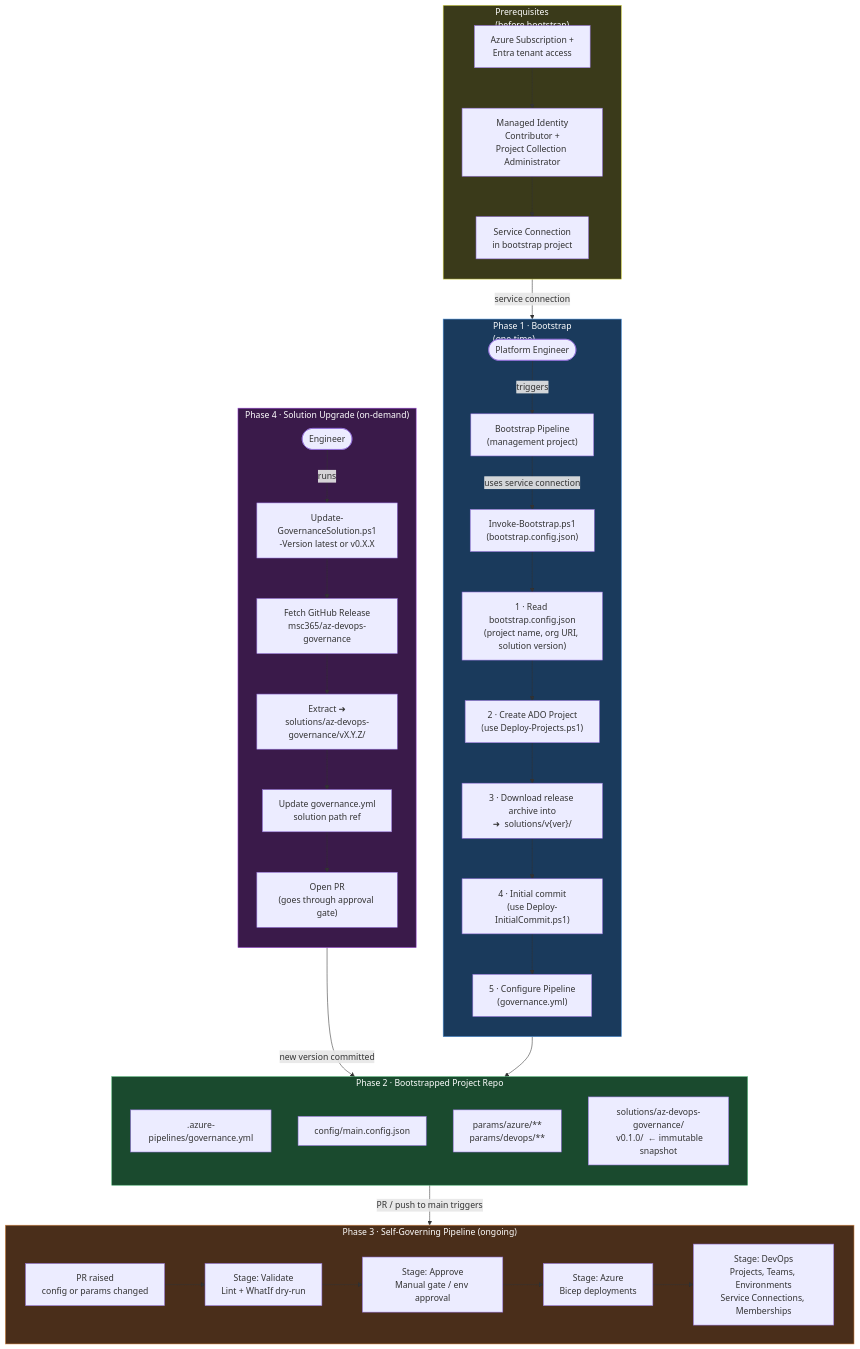
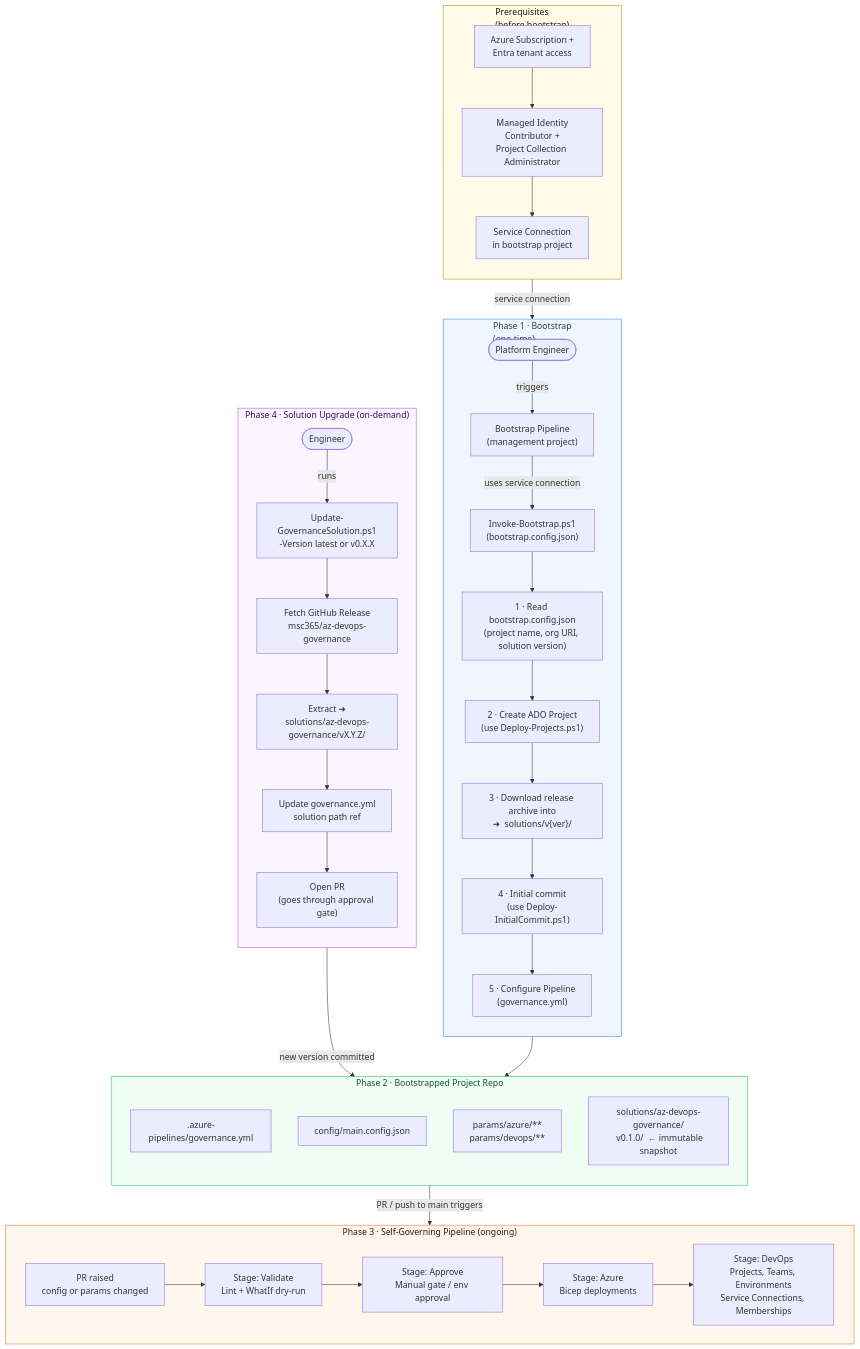
One commit to msc365/az-devops-governance changed the diagram in bootstrap/ARCHITECTURE.md. Above: the diagram before and after it, drawn with Mermaid.

Commit message:
style: Update architecture diagram colors for improved visibility

````diff
--- a/bootstrap/ARCHITECTURE.md
+++ b/bootstrap/ARCHITECTURE.md
@@ -9,60 +9,60 @@
 ```mermaid
 flowchart TD
     subgraph PREREQ["Prerequisites<br/>(before bootstrap)"]
         direction TB
         P0A["Azure Subscription +<br/>Entra tenant access"]
         P0B["Managed Identity<br/>Contributor +<br/>Project Collection Administrator"]
         P0C["Service Connection<br/>in bootstrap project"]
         P0A --> P0B --> P0C
     end
 
     subgraph BOOTSTRAP["Phase 1 · Bootstrap<br/>(one-time)"]
         direction TB
         A([Platform Engineer]) -->|triggers| BP["Bootstrap Pipeline<br/>(management project)"]
         BP -->|uses service connection| B["Invoke-Bootstrap.ps1<br/>(bootstrap.config.json)"]
         B --> C["1 · Read bootstrap.config.json<br/>(project name, org URI, solution version)"]
         C --> D["2 · Create ADO Project<br/>(use Deploy-Projects.ps1)"]
         D --> E["3 · Download release archive into<br/>➜  solutions/v{ver}/"]
         E --> F["4 · Initial commit<br/>(use Deploy-InitialCommit.ps1)"]
         F --> G["5 · Configure Pipeline<br/>(governance.yml)"]
     end
 
     PREREQ -->|service connection| BP
 
     subgraph REPO["Phase 2 · Bootstrapped Project Repo"]
         direction TB
         R1[".azure-pipelines/governance.yml"]
         R2["config/main.config.json"]
         R3["params/azure/**<br/>params/devops/**"]
         R4["solutions/az-devops-governance/<br/>  v0.1.0/  ← immutable snapshot"]
     end
 
     subgraph PIPELINE["Phase 3 · Self-Governing Pipeline  (ongoing)"]
         direction LR
         P1["PR raised<br/>config or params changed"]
         P2["Stage: Validate<br/>Lint + WhatIf dry-run"]
         P3["Stage: Approve<br/>Manual gate / env approval"]
         P4["Stage: Azure<br/>Bicep deployments"]
         P5["Stage: DevOps<br/>Projects, Teams, Environments<br/>Service Connections, Memberships"]
         P1 --> P2 --> P3 --> P4 --> P5
     end
 
     subgraph UPGRADE["Phase 4 · Solution Upgrade  (on-demand)"]
         direction TB
         U1([Engineer]) -->|runs| U2["Update-GovernanceSolution.ps1<br/>-Version latest or v0.X.X"]
         U2 --> U3["Fetch GitHub Release<br/>msc365/az-devops-governance"]
         U3 --> U4["Extract ➜<br/>solutions/az-devops-governance/vX.Y.Z/"]
         U4 --> U5["Update governance.yml<br/>solution path ref"]
         U5 --> U6["Open PR<br/>(goes through approval gate)"]
     end
 
     G --> REPO
     REPO -->|PR / push to main triggers| PIPELINE
     UPGRADE -->|new version committed| REPO
 
-    style PREREQ fill:#3a3a1a,color:#fff,stroke:#d9d94a
-    style BOOTSTRAP fill:#1a3a5c,color:#fff,stroke:#4a90d9
-    style REPO fill:#1a4a2e,color:#fff,stroke:#4aad6f
-    style PIPELINE fill:#4a2e1a,color:#fff,stroke:#d98c4a
-    style UPGRADE fill:#3a1a4a,color:#fff,stroke:#9c4ad9
+    style PREREQ fill:#fefce8,color:#1a1a00,stroke:#ca8a04
+    style BOOTSTRAP fill:#eff6ff,color:#1e3a5f,stroke:#3b82f6
+    style REPO fill:#f0fdf4,color:#14532d,stroke:#22c55e
+    style PIPELINE fill:#fff7ed,color:#431407,stroke:#f97316
+    style UPGRADE fill:#faf5ff,color:#3b0764,stroke:#a855f7
 ```
````
